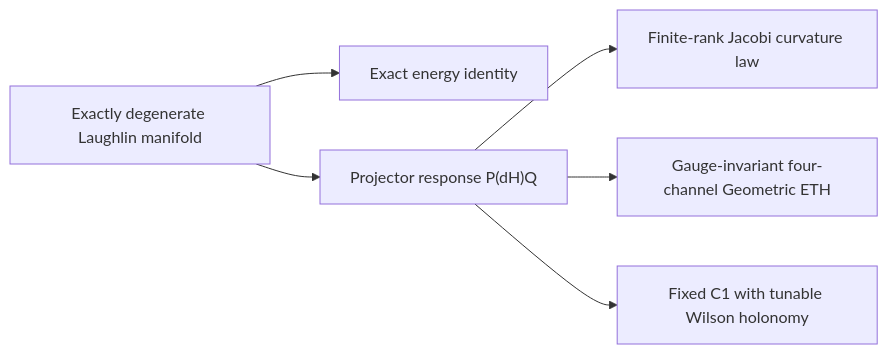
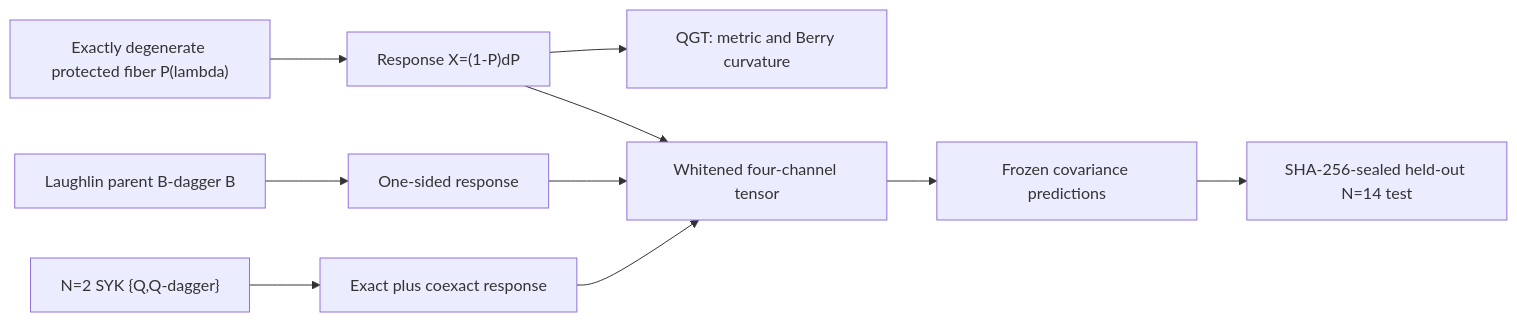
The diagram in tracks/mps/solutions/Wander-276/research/README.md (QuantumBFS/quantum.harness), drawn with Mermaid before and after one commit. The commit also changed other lines of this file and 86 other files, not shown here.

First line of the commit message:
feat: deliver sealed N14 response complex

````diff
--- a/tracks/mps/solutions/Wander-276/research/README.md
+++ b/tracks/mps/solutions/Wander-276/research/README.md
@@ -21,8 +17,12 @@
 ```mermaid
 flowchart LR
-    A["Exactly degenerate Laughlin manifold"] --> B["Exact energy identity"]
-    A --> C["Projector response P(dH)Q"]
-    C --> D["Finite-rank Jacobi curvature law"]
-    C --> E["Gauge-invariant four-channel Geometric ETH"]
-    C --> F["Fixed C1 with tunable Wilson holonomy"]
+    A["Exactly degenerate protected fiber P(lambda)"] --> B["Response X=(1-P)dP"]
+    B --> C["QGT: metric and Berry curvature"]
+    B --> D["Whitened four-channel tensor"]
+    E["Laughlin parent B-dagger B"] --> F["One-sided response"]
+    G["N=2 SYK {Q,Q-dagger}"] --> H["Exact plus coexact response"]
+    F --> D
+    H --> D
+    D --> I["Frozen covariance predictions"]
+    I --> J["SHA-256-sealed held-out N=14 test"]
 ```
````
